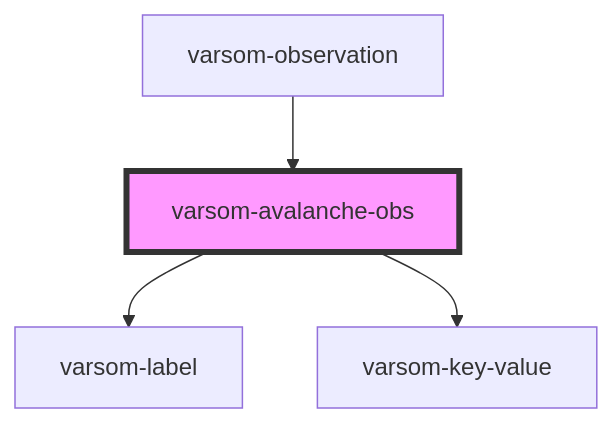
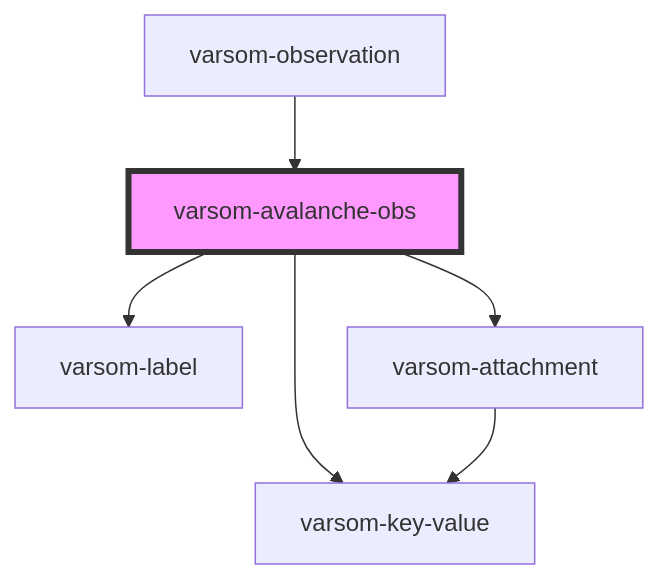
Before and after one commit to NVE/varsom-observation: the diagram in observasjonskort/src/components/varsom-avalanche-obs/readme.md, drawn with Mermaid. The commit also changed other lines of this file and 17 other files, not shown here.

````diff
--- a/observasjonskort/src/components/varsom-avalanche-obs/readme.md
+++ b/observasjonskort/src/components/varsom-avalanche-obs/readme.md
@@ -53,7 +54,9 @@
 ```mermaid
 graph TD;
   varsom-avalanche-obs --> varsom-label
   varsom-avalanche-obs --> varsom-key-value
+  varsom-avalanche-obs --> varsom-attachment
+  varsom-attachment --> varsom-key-value
   varsom-observation --> varsom-avalanche-obs
   style varsom-avalanche-obs fill:#f9f,stroke:#333,stroke-width:4px
 ```
````
